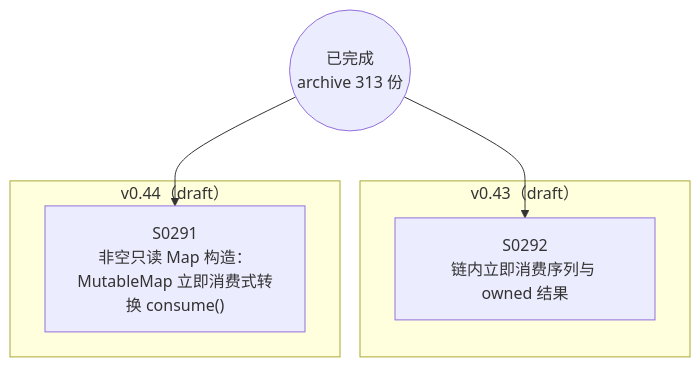
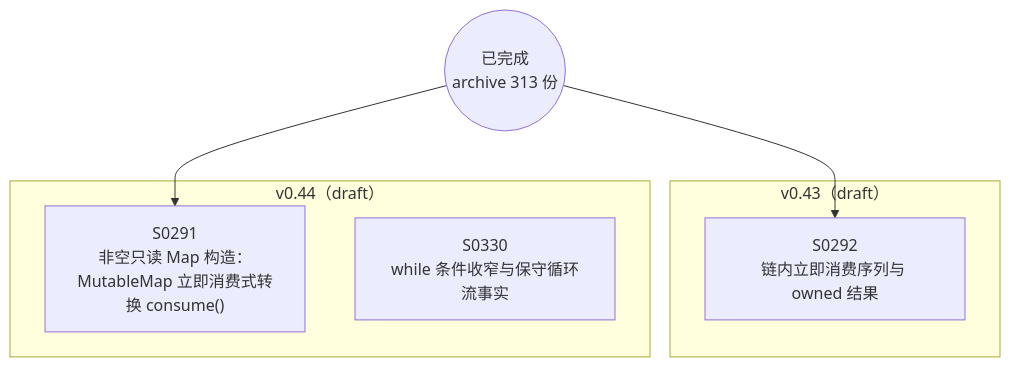
One commit to Halckon/Koven changed the diagram in docs/specs/dependency-graph.md. Above: the diagram before and after it, drawn with Mermaid. The commit also changed other lines of this file and 6 other files, not shown here.

Commit message:
docs(spec0330): plan conservative while flow facts

````diff
--- a/docs/specs/dependency-graph.md
+++ b/docs/specs/dependency-graph.md
@@ -9,12 +9,13 @@
 ```mermaid
 flowchart TD
 ARCH(("已完成<br/>archive 313 份"))
 subgraph Gdrafts_v043["v0.43（draft）"]
   S0292["S0292<br/>链内立即消费序列与 owned 结果"]
 end
 subgraph Gdrafts_v044["v0.44（draft）"]
   S0291["S0291<br/>非空只读 Map 构造：MutableMap 立即消费式转换 consume()"]
+  S0330["S0330<br/>while 条件收窄与保守循环流事实"]
 end
 ARCH --> S0291
 ARCH --> S0292
 ```
````
